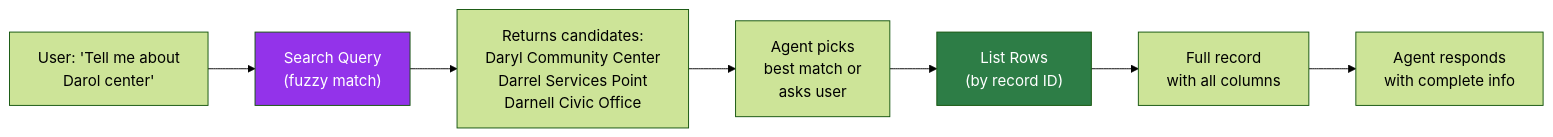
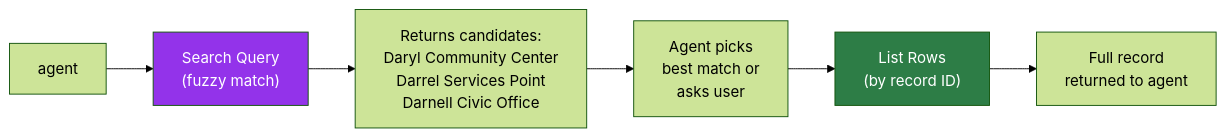
Before and after one commit to microsoft/mcscatblog: the fourth of 5 diagrams in _posts/2026-04-10-dataverse-retrieval-patterns-copilot-studio.md, drawn with Mermaid (forest theme). The commit also changed other lines of this file and 4 other files, not shown here.

````diff
--- a/_posts/2026-04-10-dataverse-retrieval-patterns-copilot-studio.md
+++ b/_posts/2026-04-10-dataverse-retrieval-patterns-copilot-studio.md
@@ -431,12 +393,11 @@
 ```mermaid
 flowchart LR
-    A["User: 'Tell me about<br>Darol center'"] --> B["Search Query<br>(fuzzy match)"]
+    A["agent"] --> B["Search Query<br>(fuzzy match)"]
     B --> C["Returns candidates:<br>Daryl Community Center<br>Darrel Services Point<br>Darnell Civic Office"]
     C --> D["Agent picks<br>best match or<br>asks user"]
     D --> E["List Rows<br>(by record ID)"]
-    E --> F["Full record<br>with all columns"]
-    F --> G["Agent responds<br>with complete info"]
+    E --> F["Full record<br>returned to agent"]
     
     style B fill:#9333ea,color:#fff
     style E fill:#2d7d46,color:#fff
 ```
````
